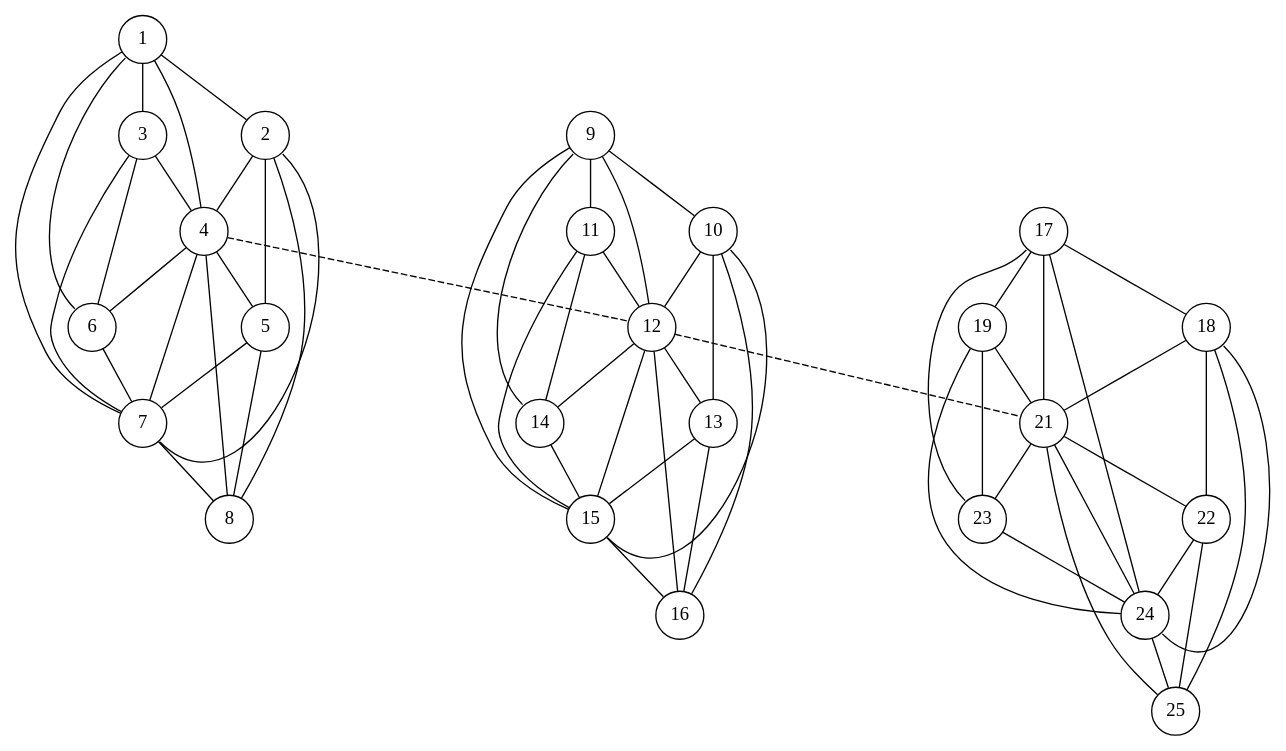
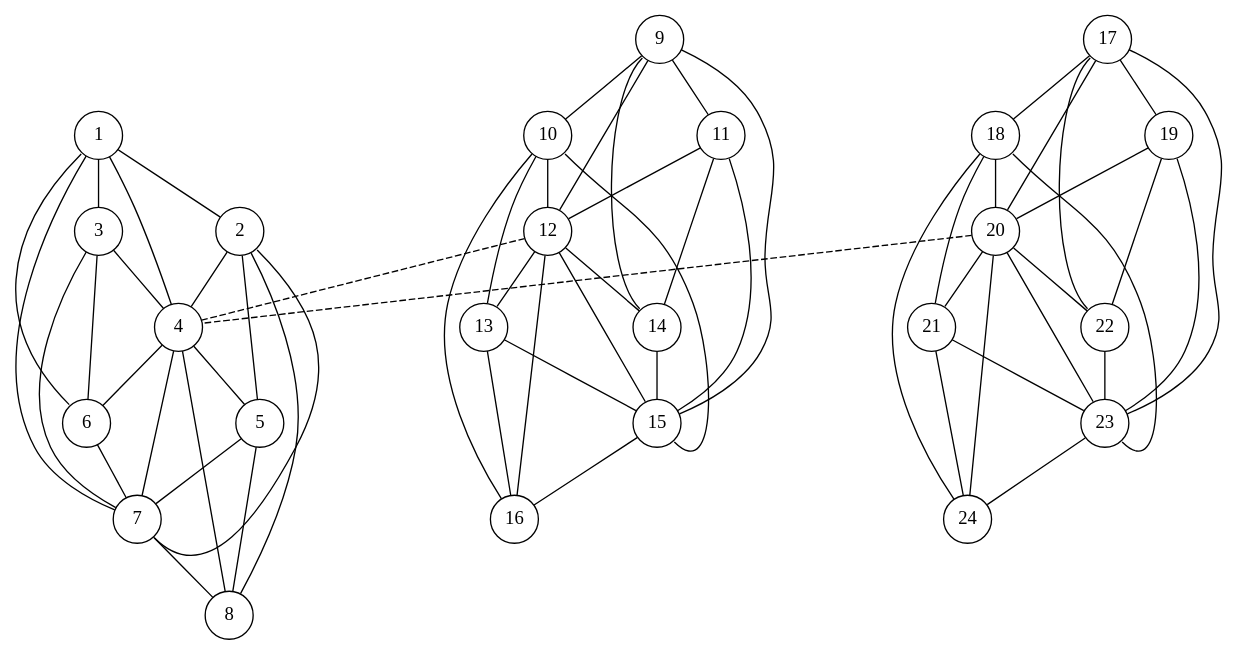
Before and after one commit to vladklokun/university-stuff: the diagram in y03s02/computer-systems/coursework/02-report/assets/cluster-08-05-grid-s03.dot, drawn with Graphviz. The commit also changed 25 other files, not shown here.

Commit message:
Y03S02: Computer Systems: Coursework 01: update diagrams, fix figure and table placement. (Version 01).

```diff
--- a/y03s02/computer-systems/coursework/02-report/assets/cluster-08-05-grid-s03.dot
+++ b/y03s02/computer-systems/coursework/02-report/assets/cluster-08-05-grid-s03.dot
@@ -1,92 +1,92 @@
 /*
  * Build using:
  * neato -Tpdf -O cluster_08.dot
  *
  */
 graph {
 	graph [
 		overlap=true,
 		splines=true,
 		margin = "0,0",
 		fontname = "STIX Two Math",
 		esep = "0.5"
 	];
 
 	node [
 		shape=circle,
 		fixedsize=true, // don't allow nodes to change sizes dynamically
 		width=0.5, // relative to the underlying coordinate grid?
 		color="black", // node border color (X11 or HTML colors)
 		fillcolor="white", // node fill color (X11 or HTML colors)
 		fontname = "STIX Two Math",
 	];
 
 	edge [
 	];
 
-	c1n1 [pos="-02.00, 02.00!", label="1"];
-	c1n2 [pos="-01.00, 02.00!", label="2"];
-	c1n3 [pos="-02.50, 01.00!", label="3"];
-	c1n4 [pos="-01.50, 01.00!", label="4"];
-	c1n5 [pos="-00.50, 01.00!", label="5"];
-	c1n6 [pos="-03.00, 00.00!", label="6"];
-	c1n7 [pos="-02.00, 00.00!", label="7"];
-	c1n8 [pos="-01.00, 00.00!", label="8"];
+	c1n1 [pos="01.00, 02.00!", label="1"];
+	c1n2 [pos="02.00, 02.00!", label="2"];
+	c1n3 [pos="00.50, 01.00!", label="3"];
+	c1n4 [pos="01.50, 01.00!", label="4"];
+	c1n5 [pos="02.50, 01.00!", label="5"];
+	c1n6 [pos="00.00, 00.00!", label="6"];
+	c1n7 [pos="01.00, 00.00!", label="7"];
+	c1n8 [pos="02.00, 00.00!", label="8"];
 	subgraph 1 {
 		c1n1:sw -- c1n6:nw;
 		c1n1 -- {c1n3 c1n7 c1n4 c1n2};
 		c1n2 -- {c1n4 c1n8 c1n5};
 		c1n2:se -- c1n7:se;
 		c1n3 -- {c1n4 c1n7 c1n6};
 		c1n4 -- {c1n5 c1n8 c1n7 c1n6};
 		c1n5 -- {c1n7 c1n8};
 		c1n6 -- {c1n7};
 		c1n7 -- {c1n8 };
 		c1n8 -- {};
 	}
 
-	c2n1 [pos="-02.00, 05.00!", label="9"];
-	c2n2 [pos="-01.00, 05.00!", label="10"];
-	c2n3 [pos="-02.50, 04.00!", label="11"];
-	c2n4 [pos="-01.50, 04.00!", label="12"];
-	c2n5 [pos="-00.50, 04.00!", label="13"];
-	c2n6 [pos="-03.00, 03.00!", label="14"];
-	c2n7 [pos="-02.00, 03.00!", label="15"];
-	c2n8 [pos="-01.00, 03.00!", label="16"];
+	c2n1 [pos="04.00, 02.00!", label="9"];
+	c2n2 [pos="05.00, 02.00!", label="10"];
+	c2n3 [pos="03.50, 01.00!", label="11"];
+	c2n4 [pos="04.50, 01.00!", label="12"];
+	c2n5 [pos="05.50, 01.00!", label="13"];
+	c2n6 [pos="03.00, 00.00!", label="14"];
+	c2n7 [pos="04.00, 00.00!", label="15"];
+	c2n8 [pos="05.00, 00.00!", label="16"];
 	subgraph 2 {
 		c2n1:sw -- c2n6:nw;
 		c2n1 -- {c2n3 c2n7 c2n4 c2n2};
 		c2n2 -- {c2n4 c2n8 c2n5};
 		c2n2:se -- c2n7:se;
 		c2n3 -- {c2n4 c2n7 c2n6};
 		c2n4 -- {c2n5 c2n8 c2n7 c2n6};
 		c2n5 -- {c2n7 c2n8};
 		c2n6 -- {c2n7};
 		c2n7 -- {c2n8 };
 		c2n8 -- {};
 	}
 
-	c3n1 [pos="01.00, 05.00!", label="17"];
-	c3n2 [pos="02.00, 05.00!", label="18"];
-	c3n3 [pos="00.50, 04.00!", label="19"];
-	c3n4 [pos="01.50, 04.00!", label="21"];
-	c3n5 [pos="02.50, 04.00!", label="22"];
-	c3n6 [pos="00.00, 03.00!", label="23"];
-	c3n7 [pos="01.00, 03.00!", label="24"];
-	c3n8 [pos="02.00, 03.00!", label="25"];
+	c3n1 [pos="01.00, -01.00!", label="17"];
+	c3n2 [pos="02.00, -01.00!", label="18"];
+	c3n3 [pos="00.50, -02.00!", label="19"];
+	c3n4 [pos="01.50, -02.00!", label="20"];
+	c3n5 [pos="02.50, -02.00!", label="21"];
+	c3n6 [pos="00.00, -03.00!", label="22"];
+	c3n7 [pos="01.00, -03.00!", label="23"];
+	c3n8 [pos="02.00, -03.00!", label="24"];
 	subgraph 3 {
 		c3n1:sw -- c3n6:nw;
 		c3n1 -- {c3n3 c3n7 c3n4 c3n2};
 		c3n2 -- {c3n4 c3n8 c3n5};
 		c3n2:se -- c3n7:se;
 		c3n3 -- {c3n4 c3n7 c3n6};
 		c3n4 -- {c3n5 c3n8 c3n7 c3n6};
 		c3n5 -- {c3n7 c3n8};
 		c3n6 -- {c3n7};
 		c3n7 -- {c3n8 };
 		c3n8 -- {};
 	}
 
-	c1n4 -- c2n4 [style = dashed];
-	c2n4 -- c3n4 [style = dashed];
+	c2n4 -- c1n4 [style = dashed];
+	c3n4 -- c1n4 [style = dashed];
 }
```
